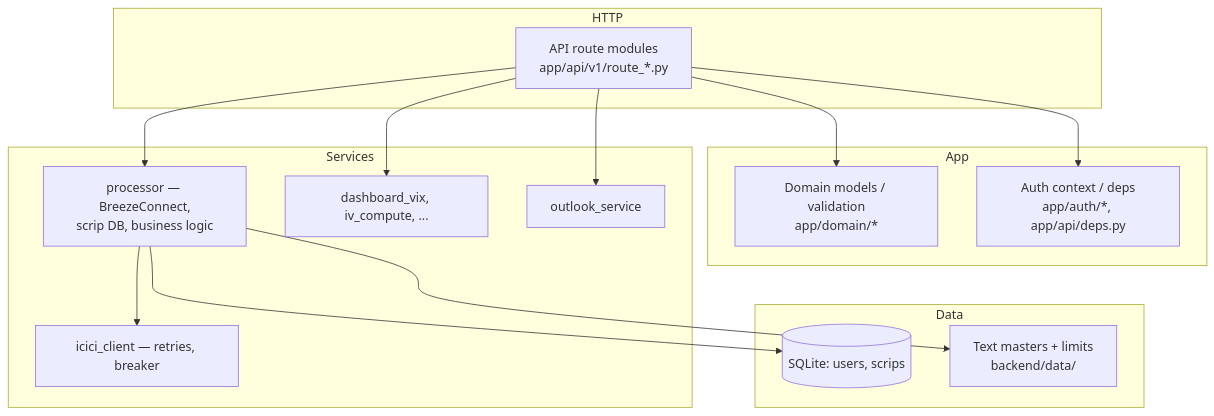
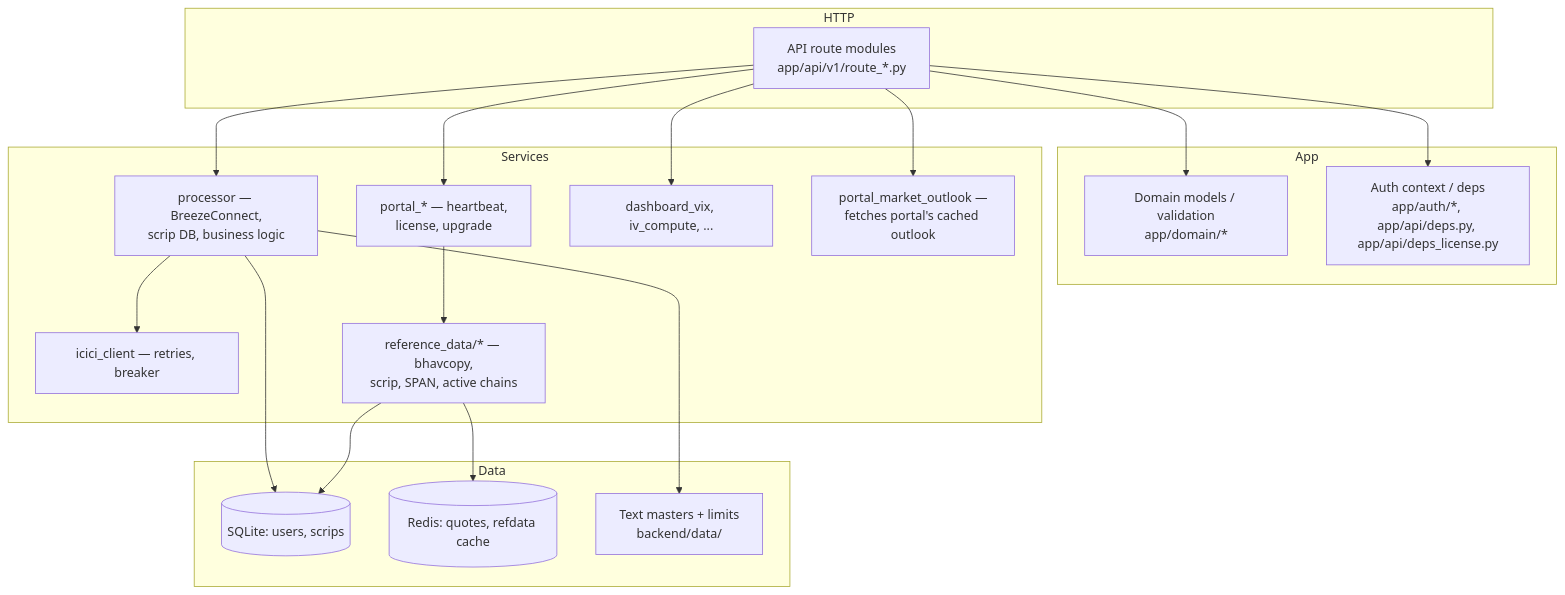
One commit to AmitMhatre-Code/breeze-core-engine changed the third of 3 diagrams in docs/architecture.md. Above: the diagram before and after it, drawn with Mermaid. The commit also changed other lines of this file and 174 other files, not shown here.

````diff
--- a/docs/architecture.md
+++ b/docs/architecture.md
@@ -127,28 +143,35 @@
 ```mermaid
 flowchart TB
   subgraph HTTP
     R[API route modules\napp/api/v1/route_*.py]
   end
   subgraph App
     D[Domain models / validation\napp/domain/*]
-    CTX[Auth context / deps\napp/auth/*, app/api/deps.py]
+    CTX[Auth context / deps\napp/auth/*, app/api/deps.py, app/api/deps_license.py]
   end
   subgraph Services
     P[processor — BreezeConnect,\nscrip DB, business logic]
     IC[icici_client — retries, breaker]
+    RD[reference_data/* — bhavcopy,\nscrip, SPAN, active chains]
+    PL[portal_* — heartbeat,\nlicense, upgrade]
     VIX[dashboard_vix, iv_compute, ...]
-    OUT[outlook_service]
+    OUT[portal_market_outlook —\nfetches portal's cached outlook]
   end
   subgraph Data
     SQL[(SQLite: users, scrips)]
+    RDS[(Redis: quotes, refdata cache)]
     FS[Text masters + limits\nbackend/data/]
   end
   R --> CTX
   R --> D
   R --> P
+  R --> PL
   P --> IC
   P --> SQL
   P --> FS
+  RD --> RDS
+  RD --> SQL
+  PL --> RD
   R --> VIX
   R --> OUT
 ```
````
